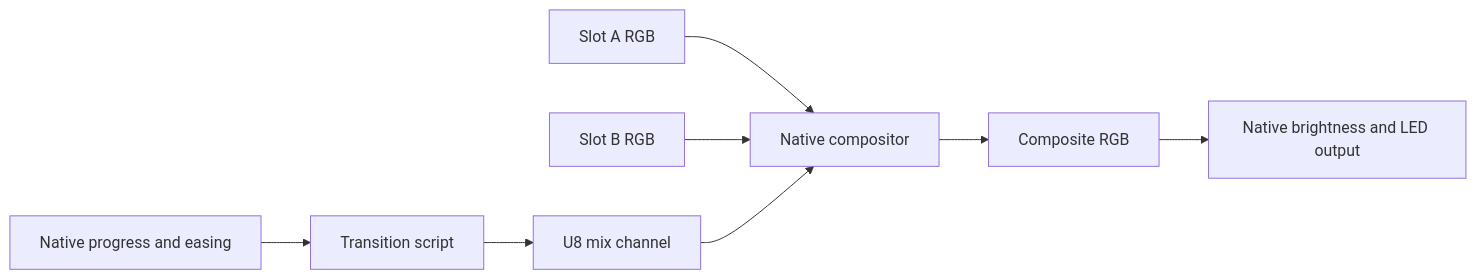
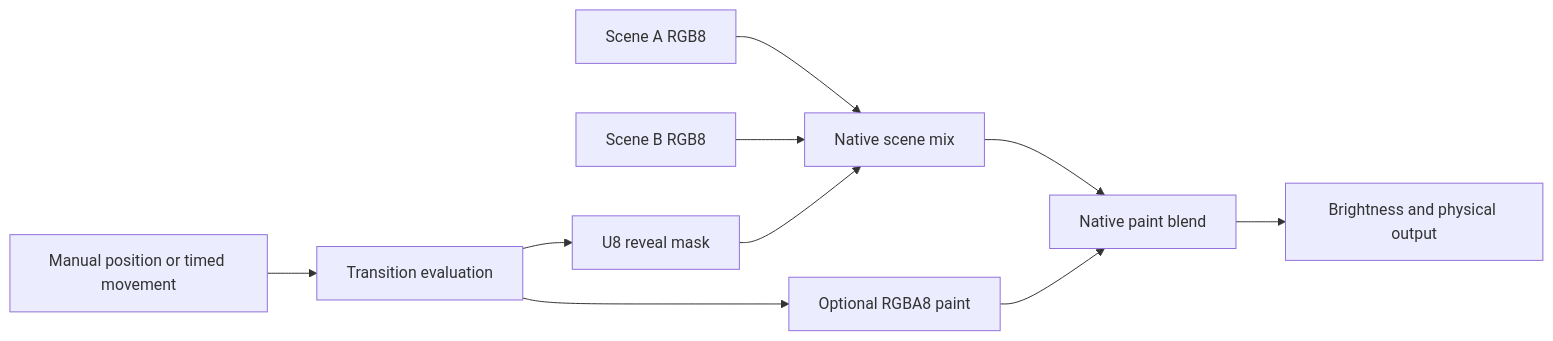
One commit to KajLights/lightvm changed the diagram in docs/design/feature-proposal-ab-transitions.md. Above: the diagram before and after it, drawn with Mermaid. The commit also changed other lines of this file, not shown here.

Commit message:
docs: revise A/B transition design in Simplified Technical English

````diff
--- a/docs/design/feature-proposal-ab-transitions.md
+++ b/docs/design/feature-proposal-ab-transitions.md
@@ -272,10 +449,12 @@
 ```mermaid
 flowchart LR
-    A[Slot A RGB] --> C[Native compositor]
-    B[Slot B RGB] --> C
-    P[Native progress and easing] --> T[Transition script]
-    T --> M[U8 mix channel]
-    M --> C
-    C --> O[Composite RGB]
-    O --> L[Native brightness and LED output]
+    A[Scene A RGB8] --> M[Native scene mix]
+    B[Scene B RGB8] --> M
+    C[Manual position or timed movement] --> T[Transition evaluation]
+    T --> R[U8 reveal mask]
+    R --> M
+    T --> P[Optional RGBA8 paint]
+    M --> O[Native paint blend]
+    P --> O
+    O --> D[Brightness and physical output]
 ```
````
